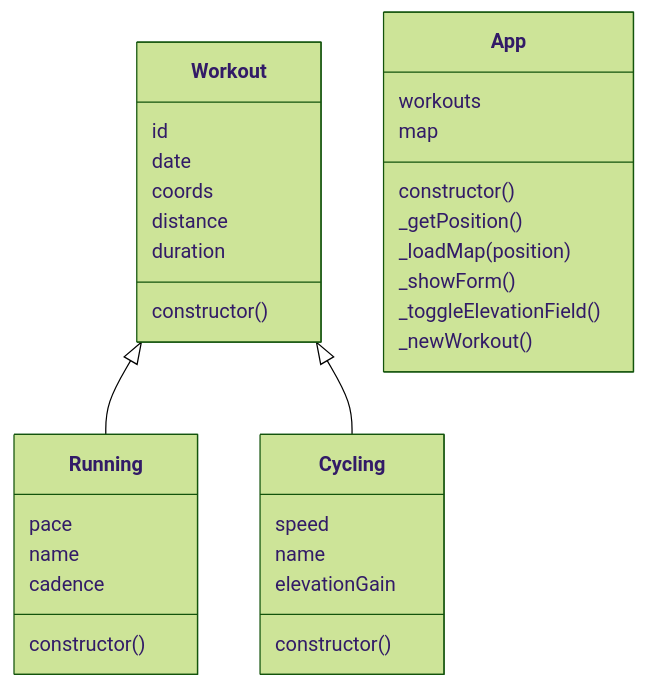
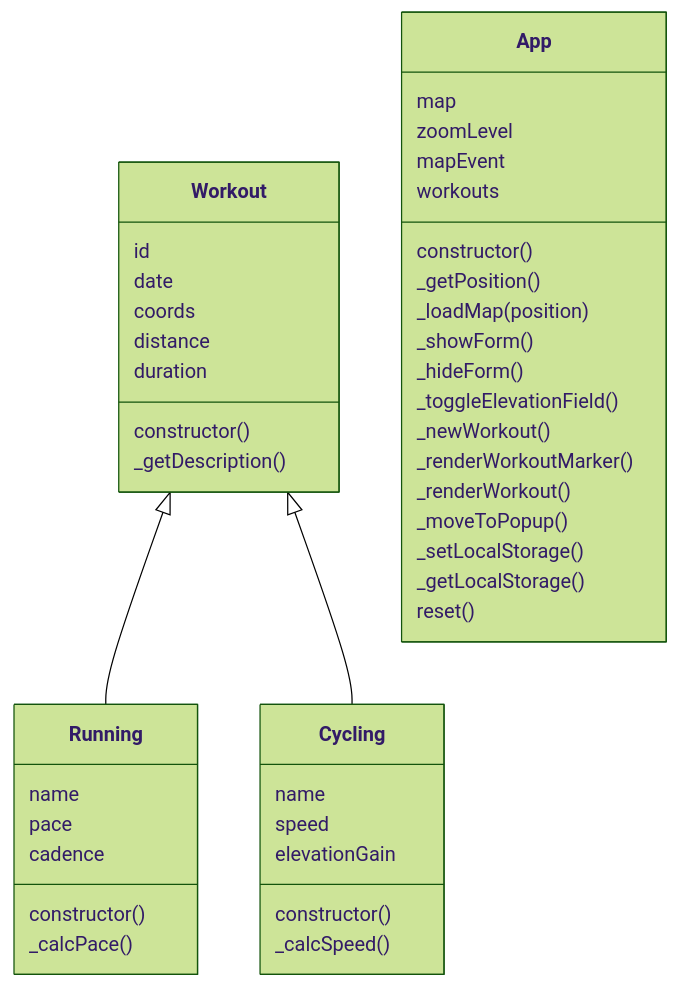
Before and after one commit to HowieWork/Mapty: the second of 2 diagrams in README.md, drawn with Mermaid (forest theme). The commit also changed other lines of this file and 6 other files, not shown here.

Commit message:
Update Project Architecture

````diff
--- a/README.md
+++ b/README.md
@@ -130,33 +130,45 @@
 ```mermaid
 classDiagram
     Workout <|-- Running
     Workout <|-- Cycling
     Workout : id
     Workout : date
     Workout : coords
     Workout : distance
     Workout : duration
     Workout: constructor()
+    Workout: _getDescription()
     class Running{
+      name
       pace
-      name
       cadence
       constructor()
+      _calcPace()
     }
     class Cycling{
+      name
       speed
-      name
       elevationGain
       constructor()
+      _calcSpeed()
     }
     class App{
+      map
+      zoomLevel
+      mapEvent
       workouts
-      map
       constructor()
       _getPosition()
       _loadMap(position)
       _showForm()
+      _hideForm()
       _toggleElevationField()
       _newWorkout()
+      _renderWorkoutMarker()
+      _renderWorkout()
+      _moveToPopup()
+      _setLocalStorage()
+      _getLocalStorage()
+      reset()
     }
 ```
````
